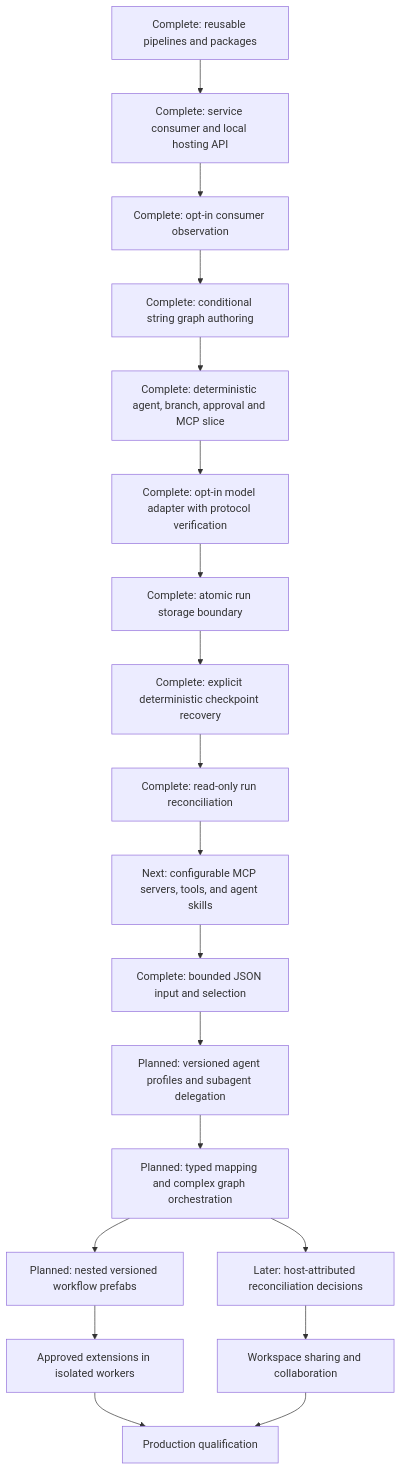
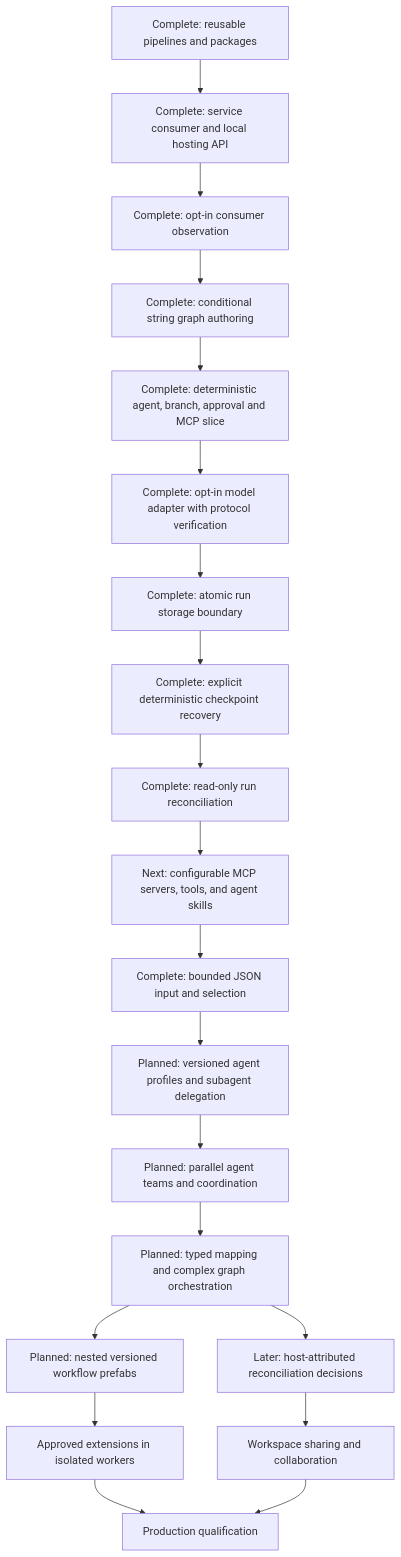
Before and after one commit to gnalvesteffer/visual-agent-workflow: the diagram in docs/roadmap.md, drawn with Mermaid. The commit also changed other lines of this file and 1 other file, not shown here.

Commit message:
Plan parallel agent team coordination

````diff
--- a/docs/roadmap.md
+++ b/docs/roadmap.md
@@ -78,21 +78,22 @@
 ```mermaid
 flowchart TD
     Reuse["Complete: reusable pipelines and packages"] --> Hosting["Complete: service consumer and local hosting API"]
     Hosting --> Observe["Complete: opt-in consumer observation"]
     Observe --> Graph["Complete: conditional string graph authoring"]
     Graph --> Vertical["Complete: deterministic agent, branch, approval and MCP slice"]
     Vertical --> Models["Complete: opt-in model adapter with protocol verification"]
     Models --> Store["Complete: atomic run storage boundary"]
     Store --> Recovery["Complete: explicit deterministic checkpoint recovery"]
     Recovery --> Assess["Complete: read-only run reconciliation"]
     Assess --> Agents["Next: configurable MCP servers, tools, and agent skills"]
     Agents --> JsonData["Complete: bounded JSON input and selection"]
     JsonData --> Delegation["Planned: versioned agent profiles and subagent delegation"]
-    Delegation --> Orchestration["Planned: typed mapping and complex graph orchestration"]
+    Delegation --> Teams["Planned: parallel agent teams and coordination"]
+    Teams --> Orchestration["Planned: typed mapping and complex graph orchestration"]
     Orchestration --> Assets["Planned: nested versioned workflow prefabs"]
     Orchestration --> Durable["Later: host-attributed reconciliation decisions"]
     Assets --> Extensions["Approved extensions in isolated workers"]
     Durable --> Collaboration["Workspace sharing and collaboration"]
     Extensions --> Production["Production qualification"]
     Collaboration --> Production
 ```
````
